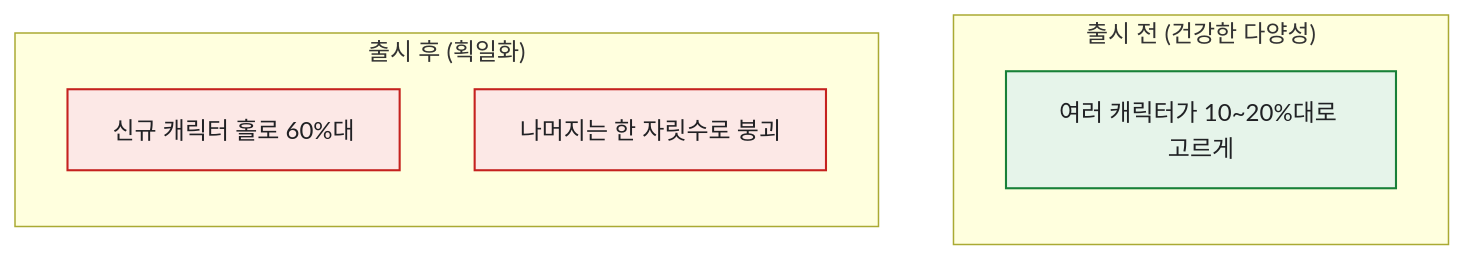
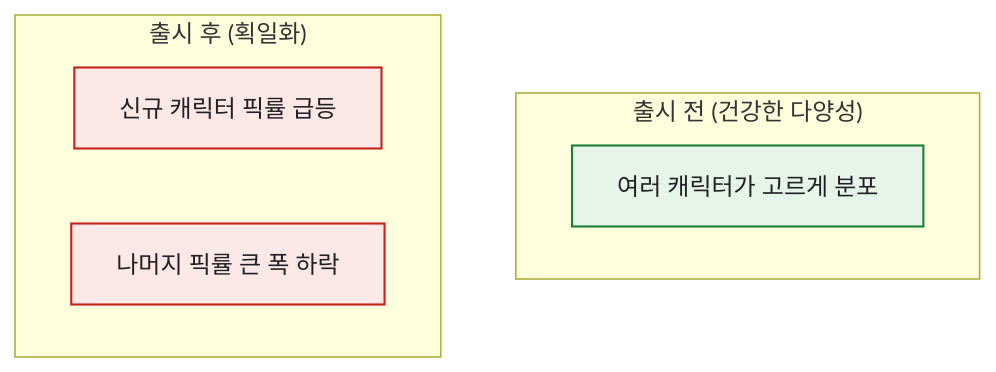
The second of 3 diagrams in content/blog/pick-rate-content-homogenization.md (DBhyeong/DBhyeong.github.io), drawn with Mermaid before and after one commit. The commit also changed other lines of this file and 9 other files, not shown here.

````diff
--- a/content/blog/pick-rate-content-homogenization.md
+++ b/content/blog/pick-rate-content-homogenization.md
@@ -25,16 +38,14 @@
 ```mermaid
 flowchart TB
   classDef ok fill:#e6f4ea,stroke:#188038,stroke-width:1.4px,color:#202124
   classDef bad fill:#fce8e6,stroke:#c5221f,stroke-width:1.4px,color:#202124
   subgraph B ["출시 전 (건강한 다양성)"]
-    direction TB
-    O1["여러 캐릭터가 10~20%대로 고르게"]
+    O1["여러 캐릭터가 고르게 분포"]
   end
   subgraph A ["출시 후 (획일화)"]
-    direction TB
-    N1["신규 캐릭터 홀로 60%대"]
-    N2["나머지는 한 자릿수로 붕괴"]
+    N1["신규 캐릭터 픽률 급등"]
+    N2["나머지 픽률 큰 폭 하락"]
   end
   class O1 ok
   class N1,N2 bad
 ```
````
